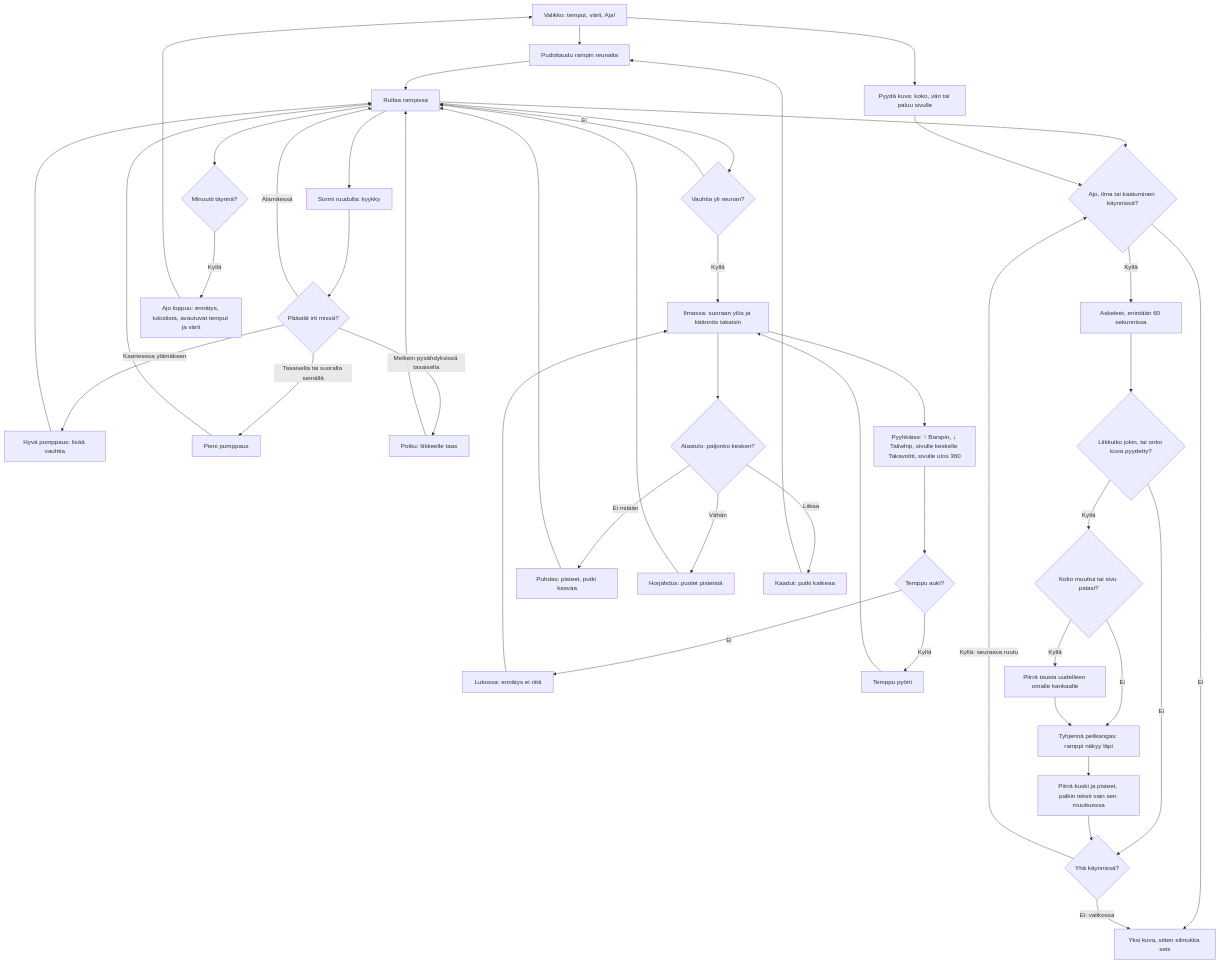
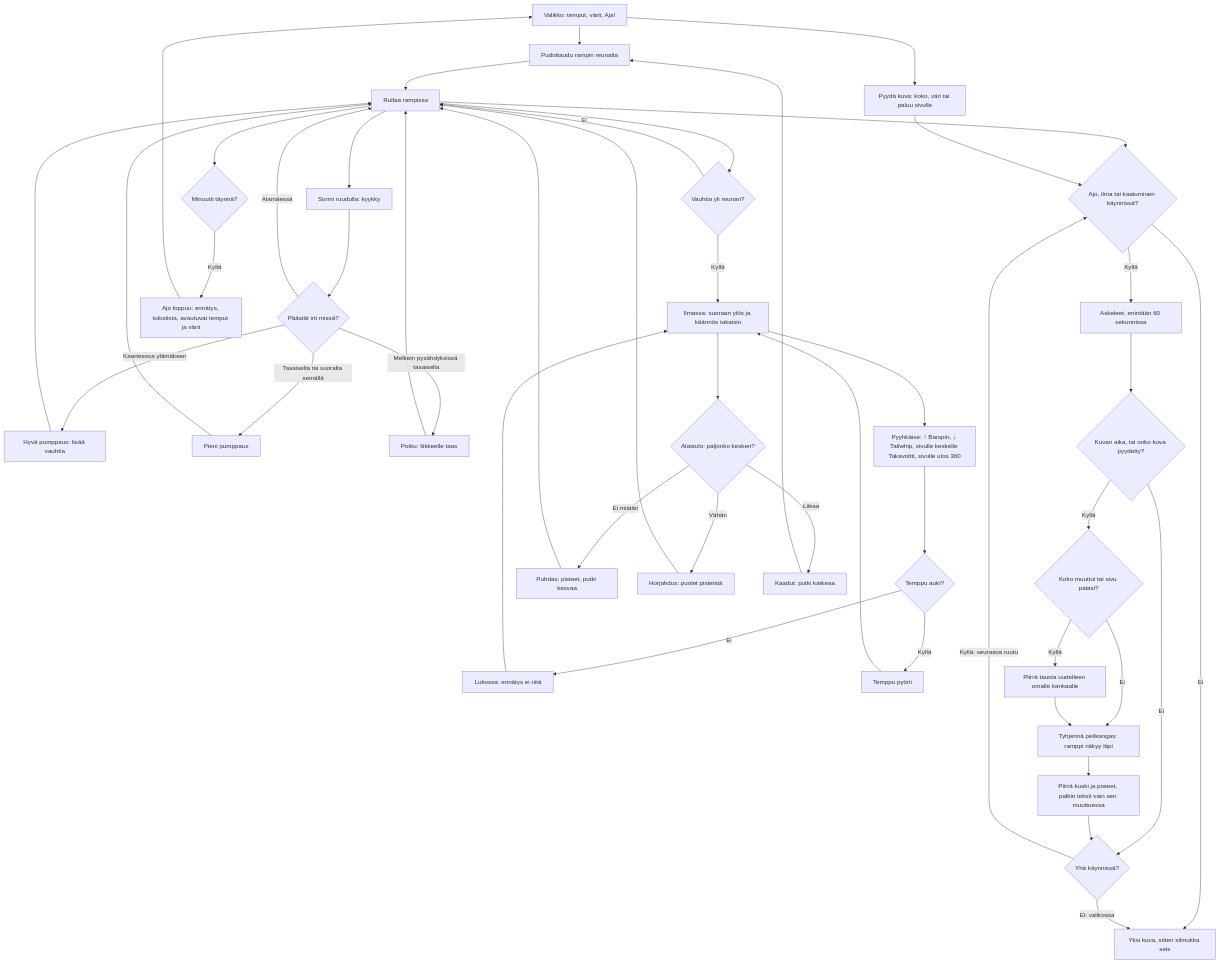
Before and after one commit to eerovil/ai-pelit: the diagram in docs/diagrams/skuutti.md, drawn with Mermaid. The commit also changed other lines of this file and 4 other files, not shown here.

````diff
--- a/docs/diagrams/skuutti.md
+++ b/docs/diagrams/skuutti.md
@@ -16,54 +16,54 @@
 ```mermaid
 flowchart TD
   A[Valikko: temput, värit, Aja!] --> B[Pudottaudu rampin reunalta]
   B --> C[Rullaa rampissa]
   C --> D[Sormi ruudulla: kyykky]
   D --> E{Päästät irti missä?}
   E -- Kaarteessa ylämäkeen --> F[Hyvä pumppaus: lisää vauhtia]
   E -- Tasaisella tai suoralla seinällä --> G[Pieni pumppaus]
   E -- Alamäessä --> C
   E -- Melkein pysähdyksissä tasaisella --> H[Potku: liikkeelle taas]
   F --> C
   G --> C
   H --> C
   C --> I{Vauhtia yli reunan?}
   I -- Ei --> C
   I -- Kyllä --> J[Ilmassa: suoraan ylös ja käännös takaisin]
   J --> K[Pyyhkäise: ↑ Barspin, ↓ Tailwhip, sivulle keskelle Takavoltti, sivulle ulos 360]
   K --> L{Temppu auki?}
   L -- Ei --> M[Lukossa: ennätys ei riitä]
   L -- Kyllä --> N[Temppu pyörii]
   M --> J
   N --> J
   J --> O{Alastulo: paljonko kesken?}
   O -- Ei mitään --> P[Puhdas: pisteet, putki kasvaa]
   O -- Vähän --> Q[Horjahdus: puolet pisteistä]
   O -- Liikaa --> R[Kaadut: putki katkeaa]
   R --> B
   P --> C
   Q --> C
   C --> S{Minuutti täynnä?}
   S -- Kyllä --> T[Ajo loppuu: ennätys, tuloslista, avautuvat temput ja värit]
   T --> A
   A --> U[Pyydä kuva: koko, väri tai paluu sivulle]
   C --> V
   U --> V{Ajo, ilma tai kaatuminen käynnissä?}
   V -- Ei --> W[Yksi kuva, sitten silmukka seis]
   V -- Kyllä --> X[Askeleet, enintään 60 sekunnissa]
-  X --> AC{Liikkuiko jokin, tai onko kuva pyydetty?}
+  X --> AC{Kuvan aika, tai onko kuva pyydetty?}
   AC -- Ei --> AD
   AC -- Kyllä --> Y{Koko muuttui tai sivu palasi?}
   Y -- Kyllä --> Z[Piirrä tausta uudelleen omalle kankaalle]
   Y -- Ei --> AA[Tyhjennä pelikangas: ramppi näkyy läpi]
   Z --> AA
   AA --> AB[Piirrä kuski ja pisteet, palkin teksti vain sen muuttuessa]
   AB --> AD{Yhä käynnissä?}
   AD -- Kyllä: seuraava ruutu --> V
   AD -- Ei: valikossa --> W
   class D,K blue
   class E,I,L,O,S,V,Y,AC,AD amber
   class B,C,F,G,H,J,N,X,Z,AA,AB teal
   class A,U,W violet
   class P,Q,T green
   class M,R rose
 ```
````
